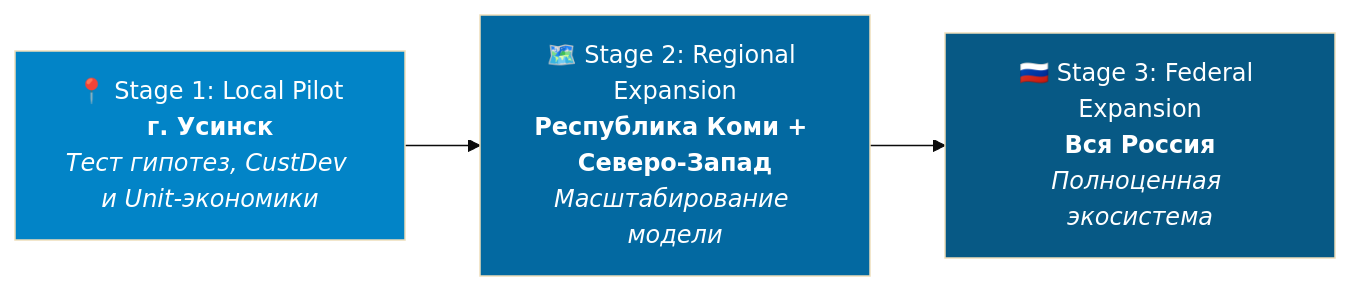
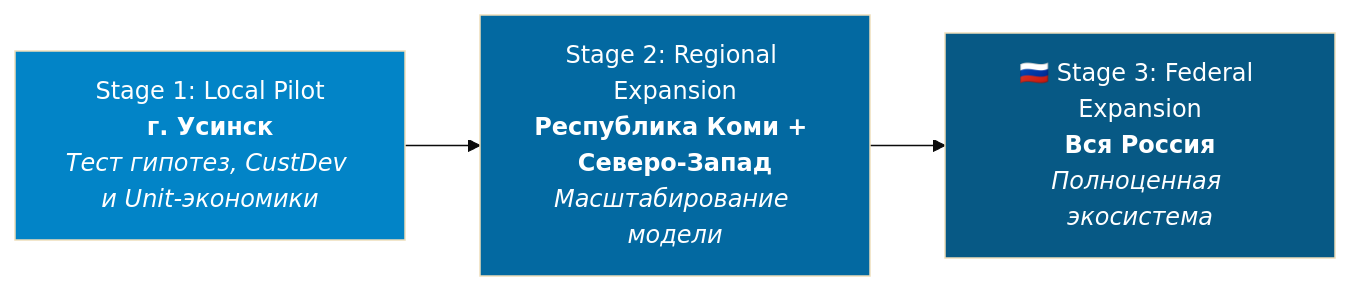
One commit to Yn1ro/pocket-garage changed the fifth of 5 diagrams in docs/ru/product/vision.md. Above: the diagram before and after it, drawn with Mermaid (base theme). The commit also changed other lines of this file, not shown here.

````diff
--- a/docs/ru/product/vision.md
+++ b/docs/ru/product/vision.md
@@ -181,11 +181,11 @@
 ```mermaid
 graph LR
-    S1[📍 Stage 1: Local Pilot<br/><b>г. Усинск</b><br/><i>Тест гипотез, CustDev и Unit-экономики</i>] -->
-    S2[🗺️ Stage 2: Regional Expansion<br/><b>Республика Коми + Северо-Запад</b><br/><i>Масштабирование модели</i>] -->
+    S1[ Stage 1: Local Pilot<br/><b>г. Усинск</b><br/><i>Тест гипотез, CustDev и Unit-экономики</i>] -->
+    S2[ Stage 2: Regional Expansion<br/><b>Республика Коми + Северо-Запад</b><br/><i>Масштабирование модели</i>] -->
     S3[🇷🇺 Stage 3: Federal Expansion<br/><b>Вся Россия</b><br/><i>Полноценная экосистема</i>]
 
     style S1 fill:#0284c7,color:#fff
     style S2 fill:#0369a1,color:#fff
     style S3 fill:#075985,color:#fff
 
 ```
````
